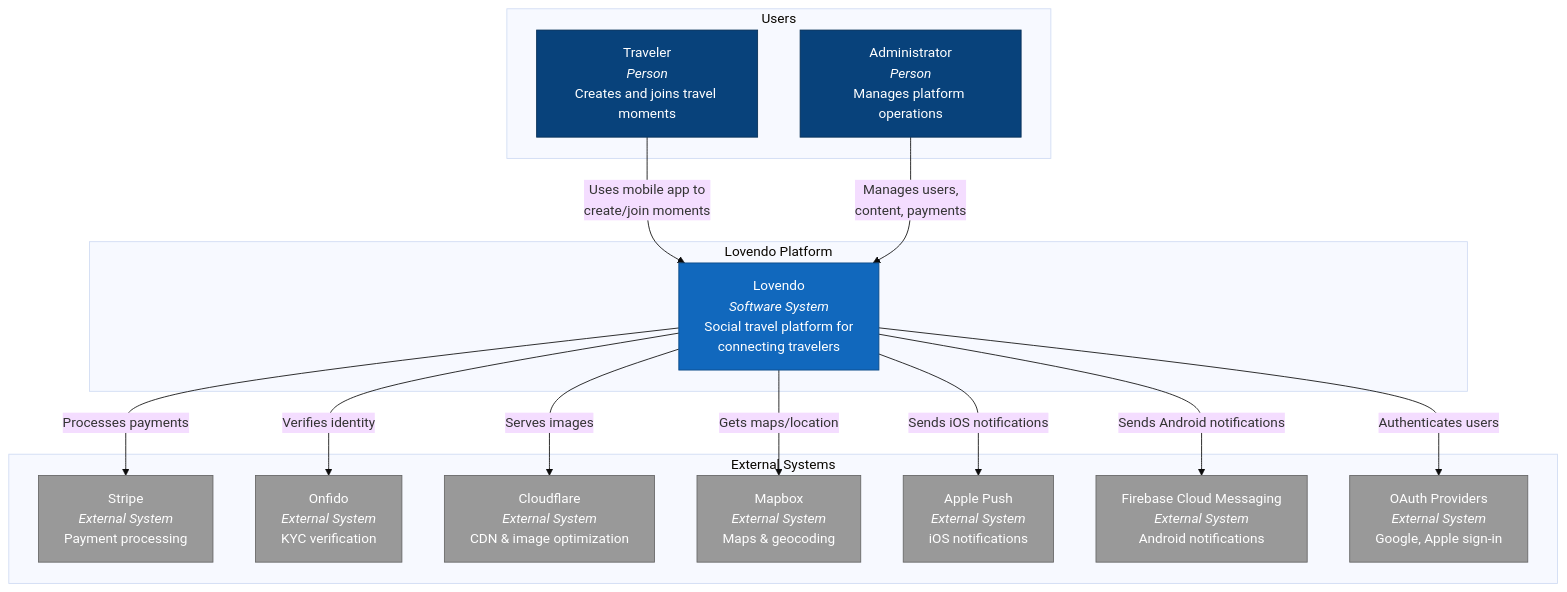
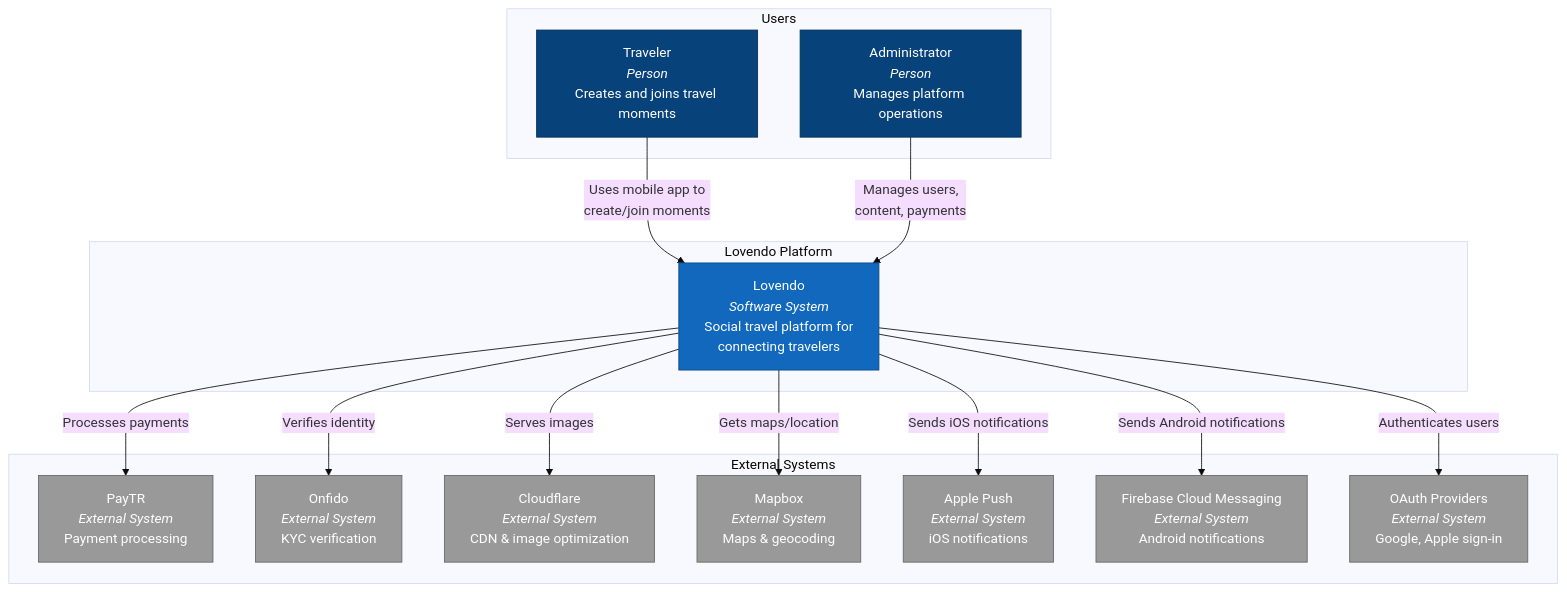
Before and after one commit to weareasocialyazilim/travelmatch: the first of 12 diagrams in docs/architecture/C4_MODEL.md, drawn with Mermaid (base theme). The commit also changed other lines of this file and 16 other files, not shown here.

````diff
--- a/docs/architecture/C4_MODEL.md
+++ b/docs/architecture/C4_MODEL.md
@@ -22,43 +22,43 @@
 ```mermaid
 graph TB
     subgraph users ["Users"]
         traveler["Traveler<br/><i>Person</i><br/>Creates and joins travel moments"]
         admin["Administrator<br/><i>Person</i><br/>Manages platform operations"]
     end
 
     subgraph lovendo ["Lovendo Platform"]
         system["Lovendo<br/><i>Software System</i><br/>Social travel platform for<br/>connecting travelers"]
     end
 
     subgraph external ["External Systems"]
-        stripe["Stripe<br/><i>External System</i><br/>Payment processing"]
+        paytr["PayTR<br/><i>External System</i><br/>Payment processing"]
         onfido["Onfido<br/><i>External System</i><br/>KYC verification"]
         cloudflare["Cloudflare<br/><i>External System</i><br/>CDN & image optimization"]
         mapbox["Mapbox<br/><i>External System</i><br/>Maps & geocoding"]
         apns["Apple Push<br/><i>External System</i><br/>iOS notifications"]
         fcm["Firebase Cloud Messaging<br/><i>External System</i><br/>Android notifications"]
         oauth["OAuth Providers<br/><i>External System</i><br/>Google, Apple sign-in"]
     end
 
     traveler -->|"Uses mobile app to<br/>create/join moments"| system
     admin -->|"Manages users,<br/>content, payments"| system
 
-    system -->|"Processes payments"| stripe
+    system -->|"Processes payments"| paytr
     system -->|"Verifies identity"| onfido
     system -->|"Serves images"| cloudflare
     system -->|"Gets maps/location"| mapbox
     system -->|"Sends iOS notifications"| apns
     system -->|"Sends Android notifications"| fcm
     system -->|"Authenticates users"| oauth
 
     style traveler fill:#08427b,stroke:#052e56,color:#fff
     style admin fill:#08427b,stroke:#052e56,color:#fff
     style system fill:#1168bd,stroke:#0b4884,color:#fff
-    style stripe fill:#999999,stroke:#666666,color:#fff
+    style paytr fill:#999999,stroke:#666666,color:#fff
     style onfido fill:#999999,stroke:#666666,color:#fff
     style cloudflare fill:#999999,stroke:#666666,color:#fff
     style mapbox fill:#999999,stroke:#666666,color:#fff
     style apns fill:#999999,stroke:#666666,color:#fff
     style fcm fill:#999999,stroke:#666666,color:#fff
     style oauth fill:#999999,stroke:#666666,color:#fff
 ```
````
